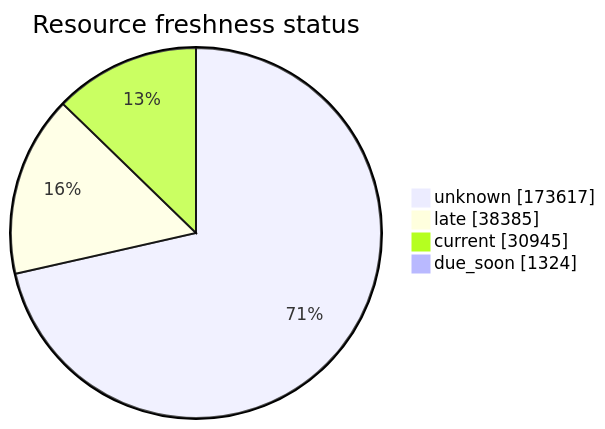
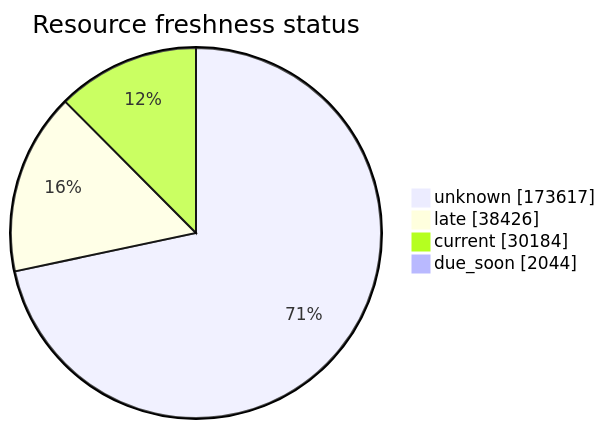
Before and after one commit to open-data/analytics-corporate-reporting: the third of 5 diagrams in FreshCheck/README.md, drawn with Mermaid. The commit also changed other lines of this file and 3 other files, not shown here.

````diff
--- a/FreshCheck/README.md
+++ b/FreshCheck/README.md
@@ -77,7 +77,7 @@
 ```mermaid
 pie showData title Resource freshness status
     "unknown": 173617
-    "late": 38385
-    "current": 30945
-    "due_soon": 1324
+    "late": 38426
+    "current": 30184
+    "due_soon": 2044
 ```
````
